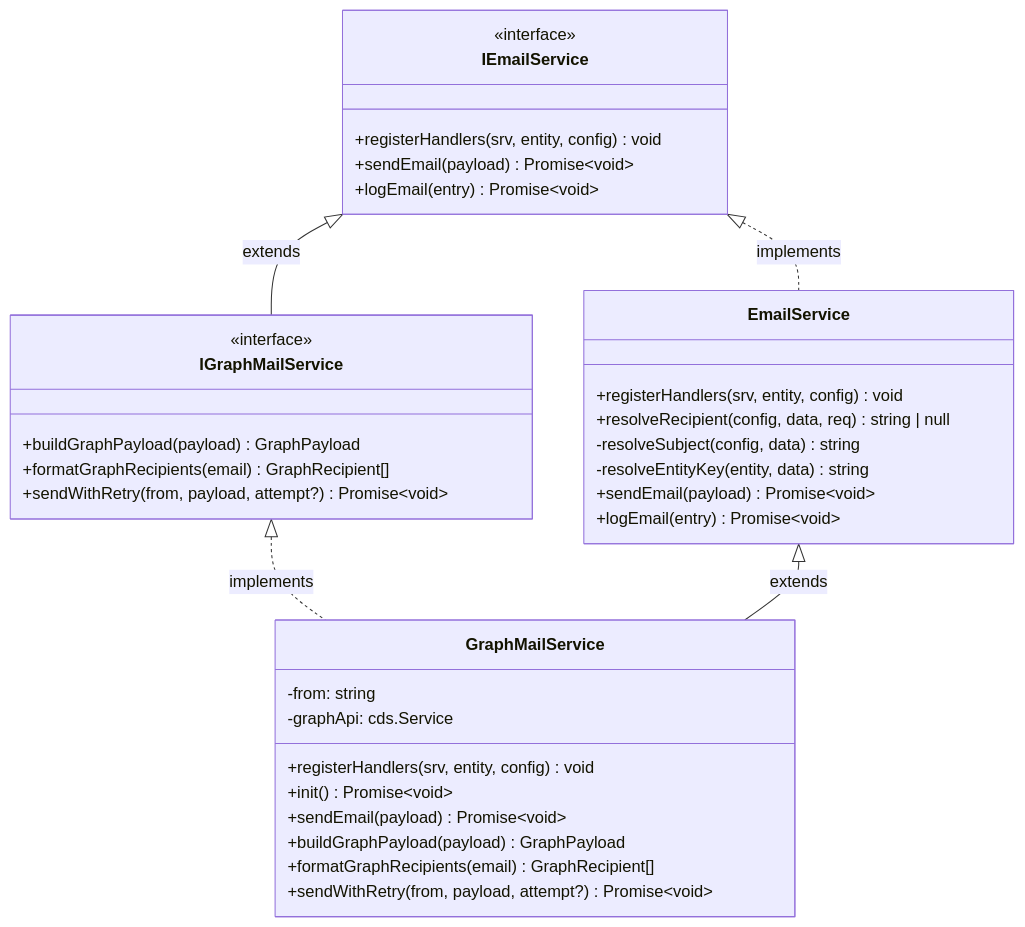
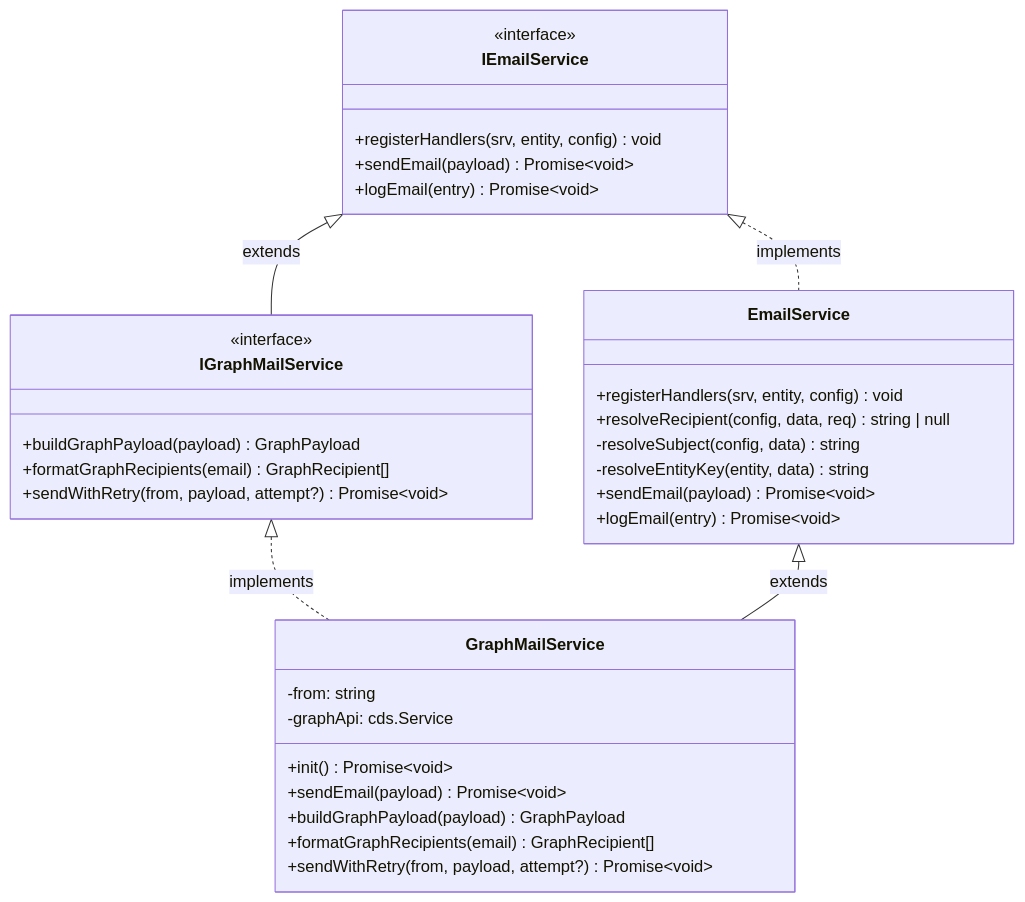
Before and after one commit to expertum-net/cap-email-plugin: the fourth of 8 diagrams in docs/architecture.md, drawn with Mermaid. The commit also changed other lines of this file, not shown here.

First line of the commit message:
docs: update architecture.md to reflect current codebase

````diff
--- a/docs/architecture.md
+++ b/docs/architecture.md
@@ -120,43 +128,42 @@
 ```mermaid
 classDiagram
     direction TB
 
     class IEmailService {
         <<interface>>
         +registerHandlers(srv, entity, config) void
         +sendEmail(payload) Promise~void~
         +logEmail(entry) Promise~void~
     }
 
     class IGraphMailService {
         <<interface>>
         +buildGraphPayload(payload) GraphPayload
         +formatGraphRecipients(email) GraphRecipient[]
         +sendWithRetry(from, payload, attempt?) Promise~void~
     }
 
     class EmailService {
         +registerHandlers(srv, entity, config) void
         +resolveRecipient(config, data, req) string | null
         -resolveSubject(config, data) string
         -resolveEntityKey(entity, data) string
         +sendEmail(payload) Promise~void~
         +logEmail(entry) Promise~void~
     }
 
     class GraphMailService {
         -from: string
         -graphApi: cds.Service
-        +registerHandlers(srv, entity, config) void
         +init() Promise~void~
         +sendEmail(payload) Promise~void~
         +buildGraphPayload(payload) GraphPayload
         +formatGraphRecipients(email) GraphRecipient[]
         +sendWithRetry(from, payload, attempt?) Promise~void~
     }
 
     IEmailService <|.. EmailService : implements
     IGraphMailService <|.. GraphMailService : implements
     IEmailService <|-- IGraphMailService : extends
     EmailService <|-- GraphMailService : extends
 ```
````
